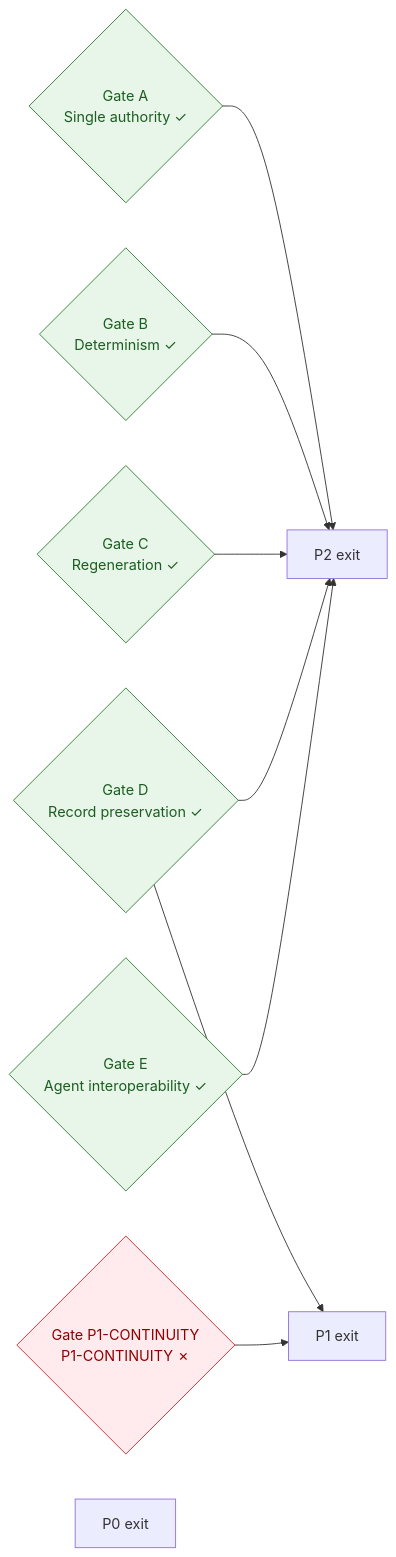
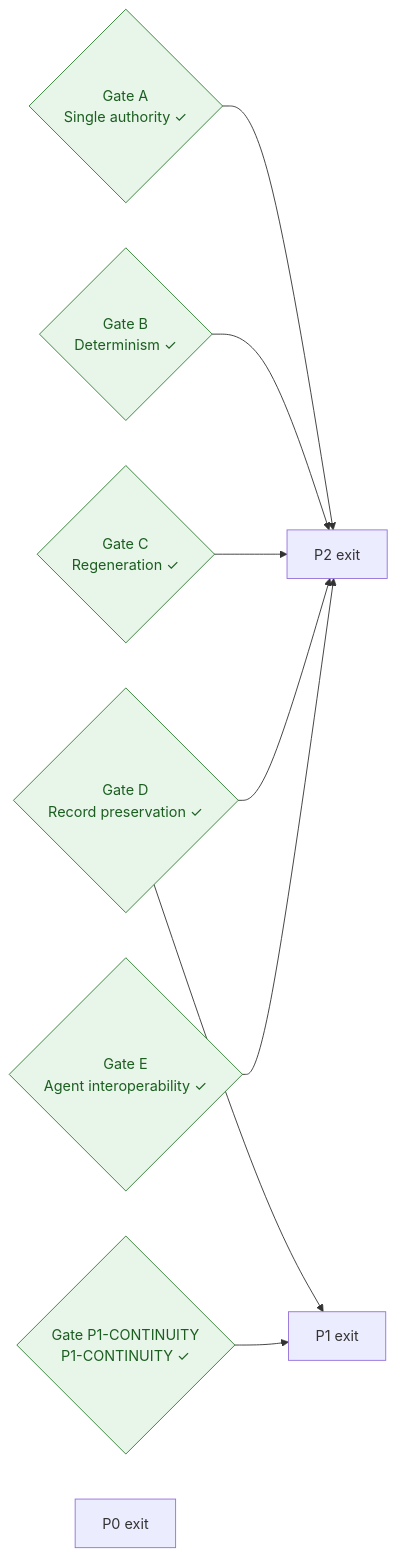
Before and after one commit to qomero/prokron: the diagram in .prokron/compiled/gates.mmd, drawn with Mermaid. The commit also changed 26 other files, not shown here.

```diff
--- a/.prokron/compiled/gates.mmd
+++ b/.prokron/compiled/gates.mmd
@@ -1,21 +1,20 @@
 flowchart LR
     Gate_A{"Gate A<br/>Single authority ✓"}
     Gate_B{"Gate B<br/>Determinism ✓"}
     Gate_C{"Gate C<br/>Regeneration ✓"}
     Gate_D{"Gate D<br/>Record preservation ✓"}
     Gate_E{"Gate E<br/>Agent interoperability ✓"}
-    Gate_P1_CONTINUITY{"Gate P1-CONTINUITY<br/>P1-CONTINUITY ✗"}
+    Gate_P1_CONTINUITY{"Gate P1-CONTINUITY<br/>P1-CONTINUITY ✓"}
     P0["P0 exit"]
     P1["P1 exit"]
     Gate_D --> P1
     Gate_P1_CONTINUITY --> P1
     P2["P2 exit"]
     Gate_A --> P2
     Gate_B --> P2
     Gate_C --> P2
     Gate_D --> P2
     Gate_E --> P2
     classDef green fill:#e8f5e9,stroke:#2e7d32,color:#1b5e20;
     classDef red fill:#ffebee,stroke:#c62828,color:#8e0000;
-    class Gate_A,Gate_B,Gate_C,Gate_D,Gate_E green;
-    class Gate_P1_CONTINUITY red;
+    class Gate_A,Gate_B,Gate_C,Gate_D,Gate_E,Gate_P1_CONTINUITY green;
```
